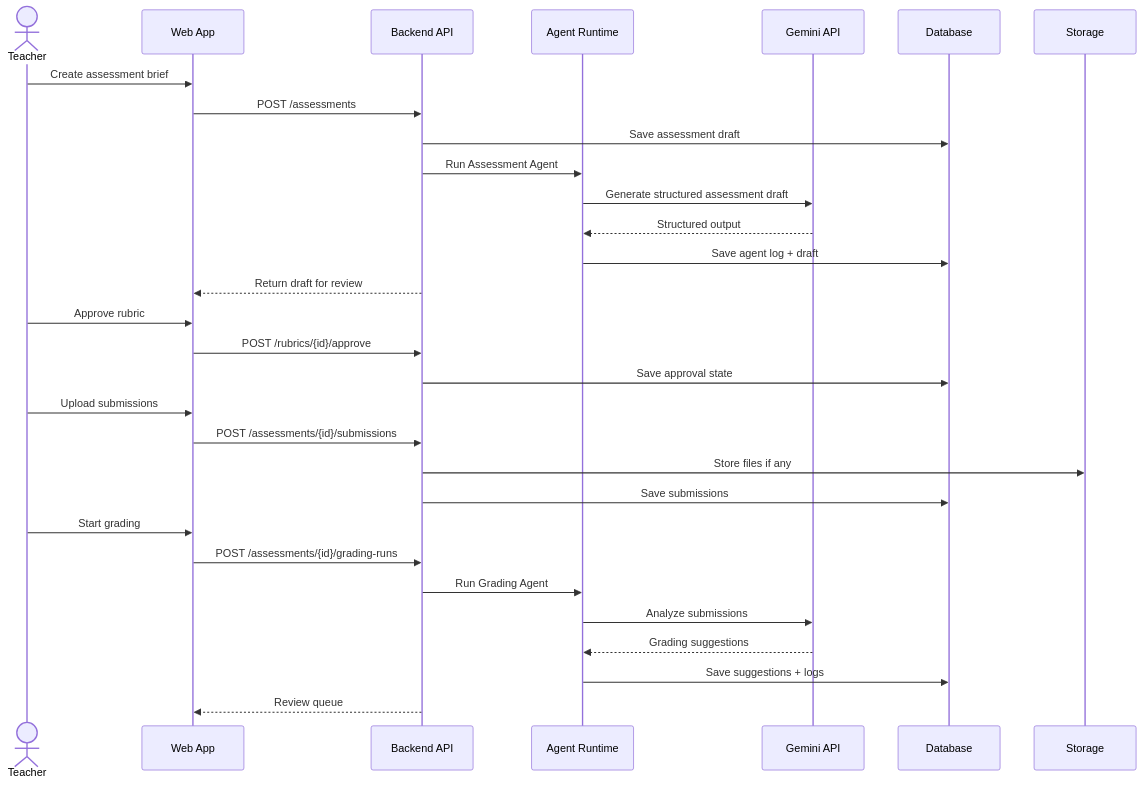
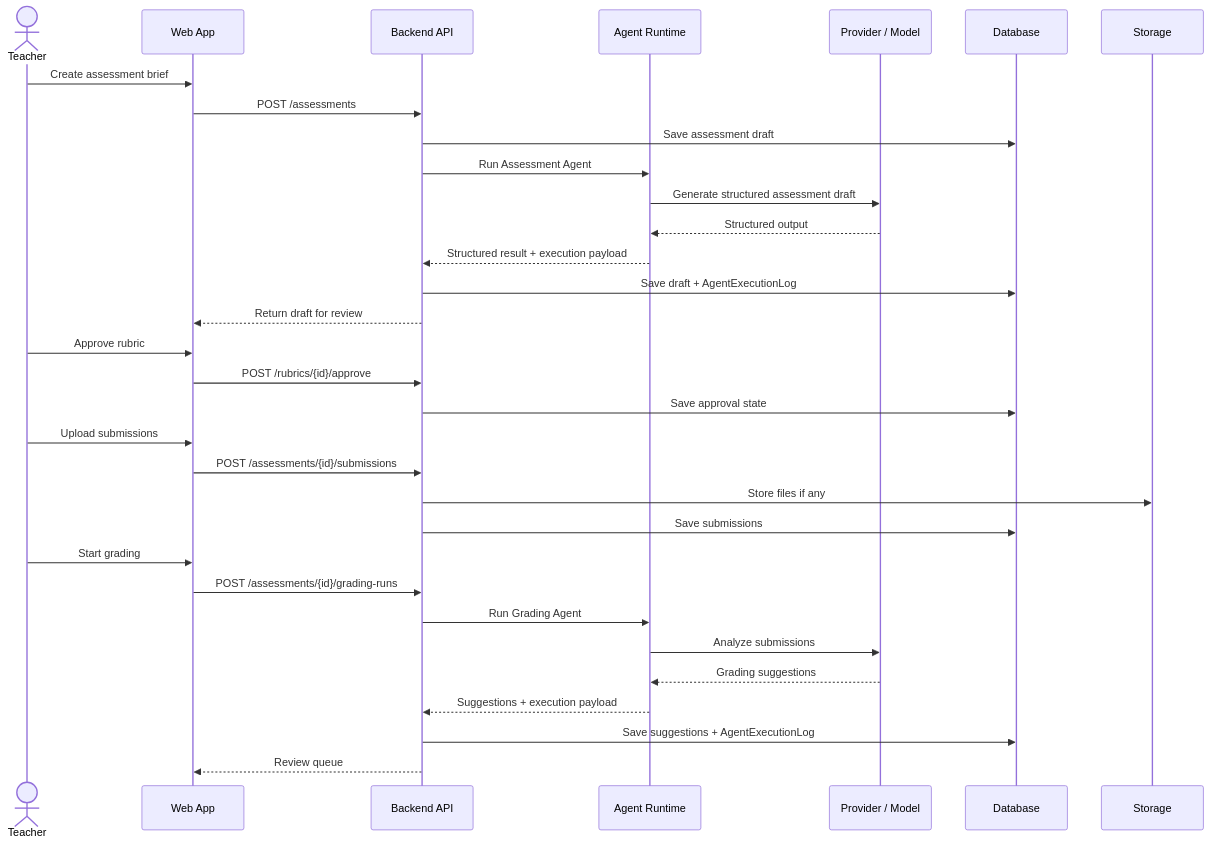
The fourth of 5 diagrams in docs/04-architecture/system-architecture.md (cmartinezs/grade-ops-ai), drawn with Mermaid before and after one commit. The commit also changed other lines of this file and 91 other files, not shown here.

````diff
--- a/docs/04-architecture/system-architecture.md
+++ b/docs/04-architecture/system-architecture.md
@@ -138,36 +165,38 @@
 ```mermaid
 sequenceDiagram
     actor T as Teacher
     participant W as Web App
     participant A as Backend API
     participant R as Agent Runtime
-    participant G as Gemini API
+    participant G as Provider / Model
     participant D as Database
     participant S as Storage
 
     T->>W: Create assessment brief
     W->>A: POST /assessments
     A->>D: Save assessment draft
     A->>R: Run Assessment Agent
     R->>G: Generate structured assessment draft
     G-->>R: Structured output
-    R->>D: Save agent log + draft
+    R-->>A: Structured result + execution payload
+    A->>D: Save draft + AgentExecutionLog
     A-->>W: Return draft for review
 
     T->>W: Approve rubric
     W->>A: POST /rubrics/{id}/approve
     A->>D: Save approval state
 
     T->>W: Upload submissions
     W->>A: POST /assessments/{id}/submissions
     A->>S: Store files if any
     A->>D: Save submissions
 
     T->>W: Start grading
     W->>A: POST /assessments/{id}/grading-runs
     A->>R: Run Grading Agent
     R->>G: Analyze submissions
     G-->>R: Grading suggestions
-    R->>D: Save suggestions + logs
+    R-->>A: Suggestions + execution payload
+    A->>D: Save suggestions + AgentExecutionLog
     A-->>W: Review queue
 ```
````
